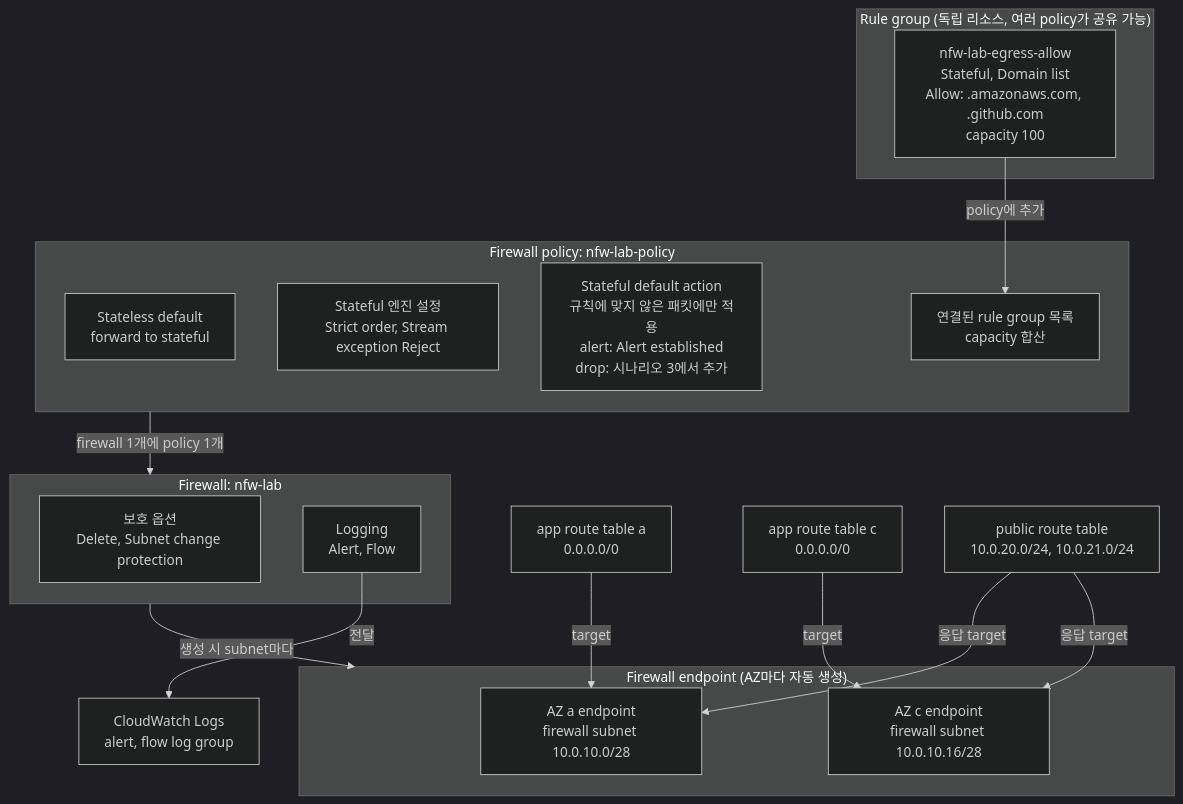
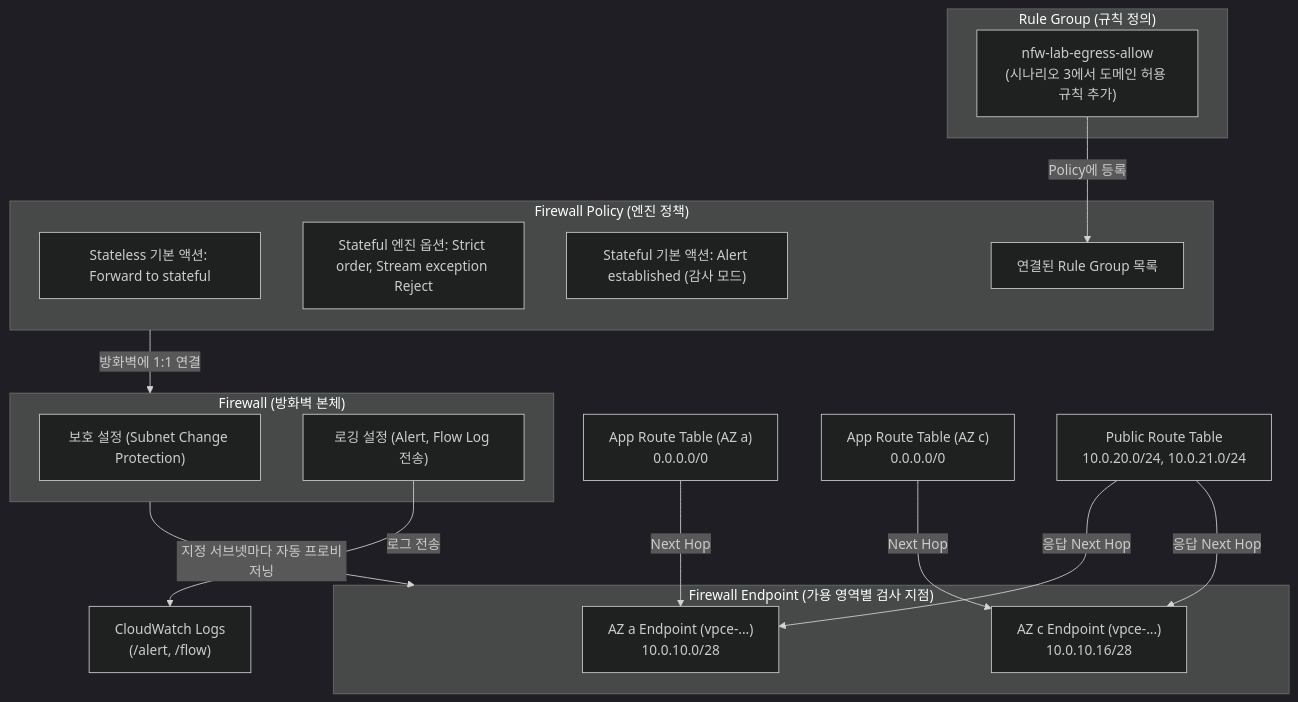
Before and after one commit to choisungwook/portfolio: the first of 2 diagrams in aws/network-firewall/egress-filtering/docs/2-traffic-inspection.md, drawn with Mermaid (dark theme). The commit also changed other lines of this file and 9 other files, not shown here.

Commit message:
docs(network-firewall): refine egress filtering hands-on documents for readability and clarity

````diff
--- a/aws/network-firewall/egress-filtering/docs/2-traffic-inspection.md
+++ b/aws/network-firewall/egress-filtering/docs/2-traffic-inspection.md
@@ -34,33 +30,33 @@
 ```mermaid
 flowchart TB
-  subgraph RG["Rule group (독립 리소스, 여러 policy가 공유 가능)"]
-    R1["nfw-lab-egress-allow<br/>Stateful, Domain list<br/>Allow: .amazonaws.com, .github.com<br/>capacity 100"]
+  subgraph RG["Rule Group (규칙 정의)"]
+    R1["nfw-lab-egress-allow<br/>(시나리오 3에서 도메인 허용 규칙 추가)"]
   end
 
-  subgraph POL["Firewall policy: nfw-lab-policy"]
-    P1["Stateless default<br/>forward to stateful"]
-    P2["Stateful 엔진 설정<br/>Strict order, Stream exception Reject"]
-    P3["Stateful default action<br/>규칙에 맞지 않은 패킷에만 적용<br/>alert: Alert established<br/>drop: 시나리오 3에서 추가"]
-    P4["연결된 rule group 목록<br/>capacity 합산"]
+  subgraph POL["Firewall Policy (엔진 정책)"]
+    P1["Stateless 기본 액션: Forward to stateful"]
+    P2["Stateful 엔진 옵션: Strict order, Stream exception Reject"]
+    P3["Stateful 기본 액션: Alert established (감사 모드)"]
+    P4["연결된 Rule Group 목록"]
   end
 
-  subgraph FW["Firewall: nfw-lab"]
-    F1["보호 옵션<br/>Delete, Subnet change protection"]
-    F2["Logging<br/>Alert, Flow"]
+  subgraph FW["Firewall (방화벽 본체)"]
+    F1["보호 설정 (Subnet Change Protection)"]
+    F2["로깅 설정 (Alert, Flow Log 전송)"]
   end
 
-  subgraph EP["Firewall endpoint (AZ마다 자동 생성)"]
-    E1["AZ a endpoint<br/>firewall subnet 10.0.10.0/28"]
-    E2["AZ c endpoint<br/>firewall subnet 10.0.10.16/28"]
+  subgraph EP["Firewall Endpoint (가용 영역별 검사 지점)"]
+    E1["AZ a Endpoint (vpce-...)<br/>10.0.10.0/28"]
+    E2["AZ c Endpoint (vpce-...)<br/>10.0.10.16/28"]
   end
 
-  R1 -- "policy에 추가" --> P4
-  POL -- "firewall 1개에 policy 1개" --> FW
-  FW -- "생성 시 subnet마다" --> EP
-  F2 -- "전달" --> CW["CloudWatch Logs<br/>alert, flow log group"]
+  R1 -- "Policy에 등록" --> P4
+  POL -- "방화벽에 1:1 연결" --> FW
+  FW -- "지정 서브넷마다 자동 프로비저닝" --> EP
+  F2 -- "로그 전송" --> CW["CloudWatch Logs<br/>(/alert, /flow)"]
 
-  RTA["app route table a<br/>0.0.0.0/0"] -- "target" --> E1
-  RTC["app route table c<br/>0.0.0.0/0"] -- "target" --> E2
-  RTP["public route table<br/>10.0.20.0/24, 10.0.21.0/24"] -- "응답 target" --> E1
-  RTP -- "응답 target" --> E2
+  RTA["App Route Table (AZ a)<br/>0.0.0.0/0"] -- "Next Hop" --> E1
+  RTC["App Route Table (AZ c)<br/>0.0.0.0/0"] -- "Next Hop" --> E2
+  RTP["Public Route Table<br/>10.0.20.0/24, 10.0.21.0/24"] -- "응답 Next Hop" --> E1
+  RTP -- "응답 Next Hop" --> E2
 ```
````
